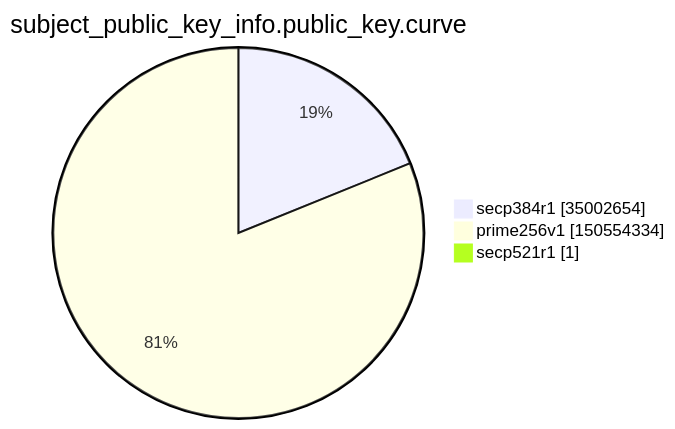
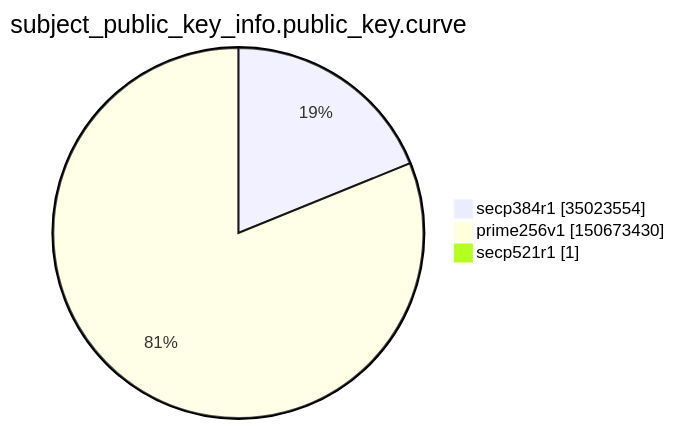
One commit to christiankrug/ctmonitor_visualization changed the ninth of 15 diagrams in argon2022/README.md. Above: the diagram before and after it, drawn with Mermaid. The commit also changed other lines of this file, not shown here.

````diff
--- a/argon2022/README.md
+++ b/argon2022/README.md
@@ -2765,7 +2765,7 @@
 ```mermaid
 pie showData
 title subject_public_key_info.public_key.curve
-"secp384r1" :35002654
-"prime256v1" :150554334
+"secp384r1" :35023554
+"prime256v1" :150673430
 "secp521r1" :1
 ```
````
